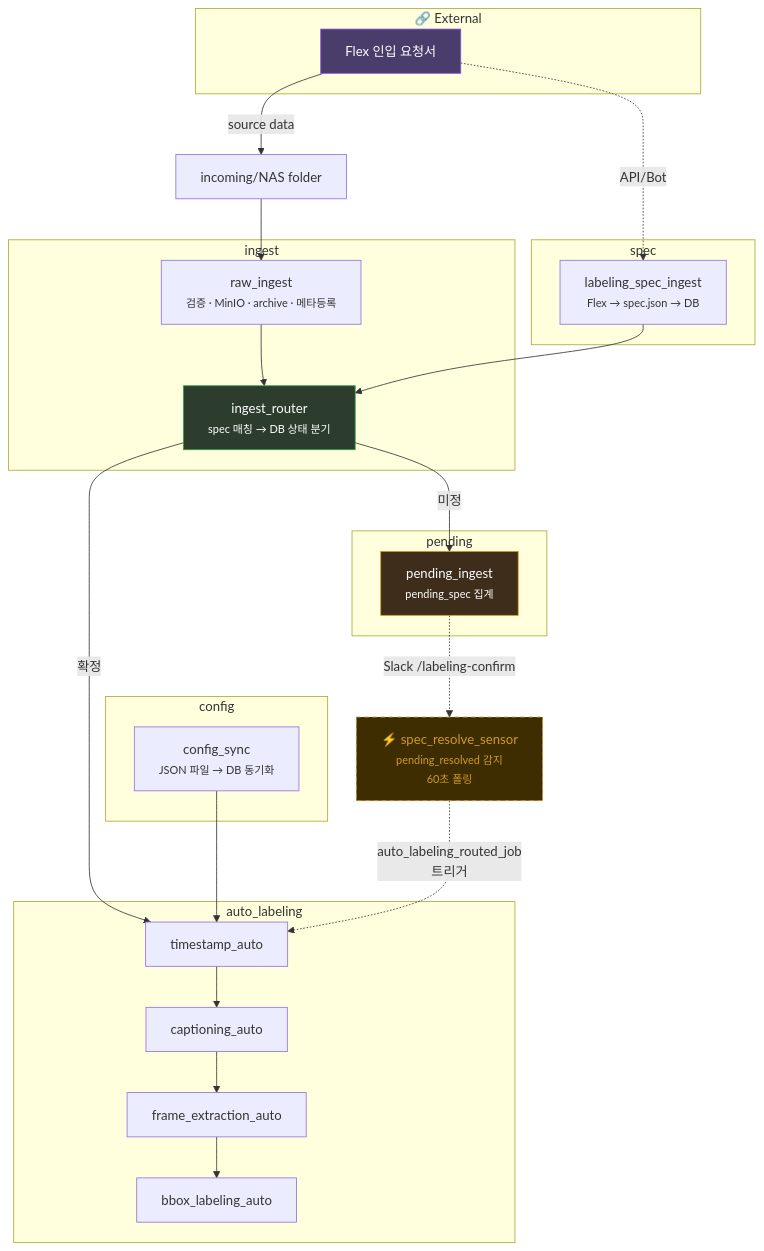
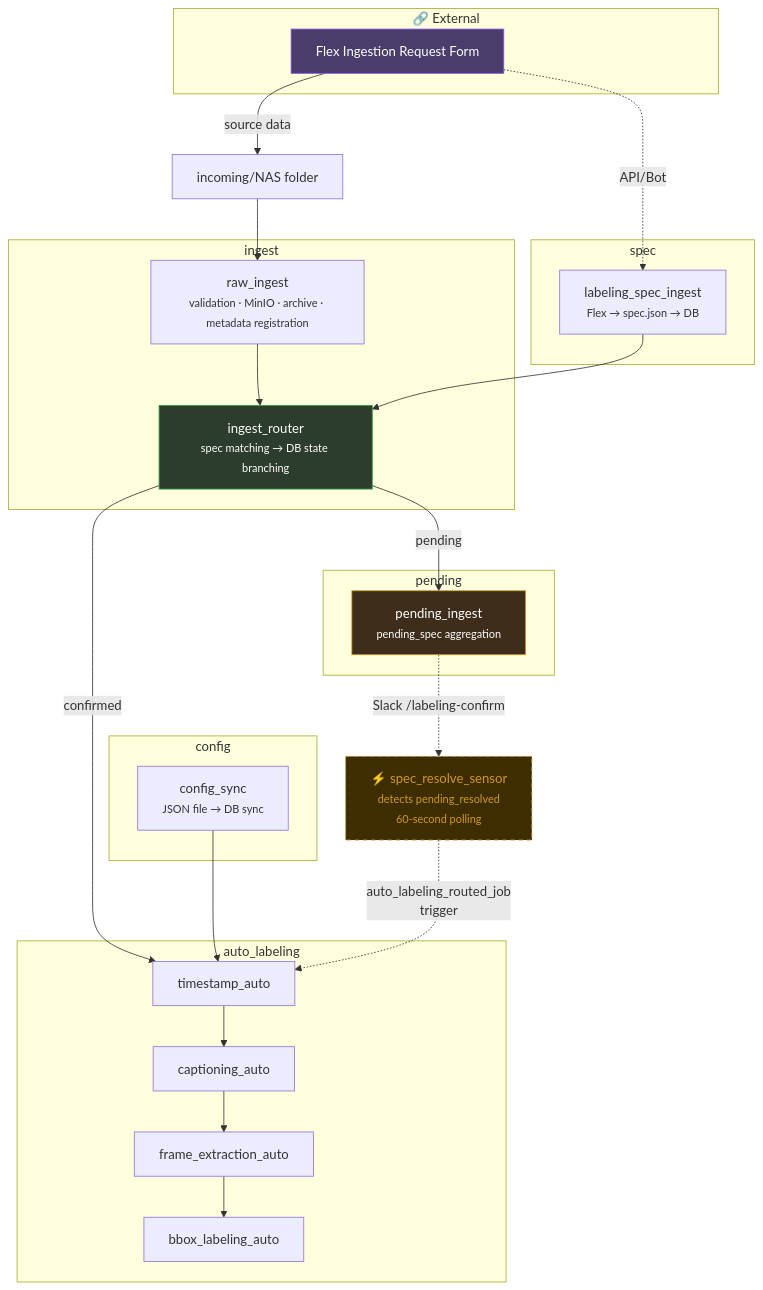
The first of 2 diagrams in docs/logic/Auto_Labeling_화면_명세서.md (Orderlee/pipeline), drawn with Mermaid before and after one commit. The commit also changed other lines of this file and 128 other files, not shown here.

````diff
--- a/docs/logic/Auto_Labeling_화면_명세서.md
+++ b/docs/logic/Auto_Labeling_화면_명세서.md
@@ -37,56 +37,56 @@
 ```mermaid
 graph TD
     subgraph external ["🔗 External"]
-        FLEX["Flex 인입 요청서"]
+        FLEX["Flex Ingestion Request Form"]
     end
 
     subgraph spec ["spec"]
         SPEC["labeling_spec_ingest<br/><small>Flex → spec.json → DB</small>"]
     end
 
     subgraph config ["config"]
-        CONFIG["config_sync<br/><small>JSON 파일 → DB 동기화</small>"]
+        CONFIG["config_sync<br/><small>JSON file → DB sync</small>"]
     end
 
     GCS["incoming/NAS folder"]
 
     subgraph ingest ["ingest"]
-        RAW["raw_ingest<br/><small>검증 · MinIO · archive · 메타등록</small>"]
-        ROUTER["ingest_router<br/><small>spec 매칭 → DB 상태 분기</small>"]
+        RAW["raw_ingest<br/><small>validation · MinIO · archive · metadata registration</small>"]
+        ROUTER["ingest_router<br/><small>spec matching → DB state branching</small>"]
     end
 
     subgraph pending ["pending"]
-        PENDING["pending_ingest<br/><small>pending_spec 집계</small>"]
+        PENDING["pending_ingest<br/><small>pending_spec aggregation</small>"]
     end
 
     subgraph auto_labeling ["auto_labeling"]
         AL1["timestamp_auto"]
         AL2["captioning_auto"]
         AL3["frame_extraction_auto"]
         AL4["bbox_labeling_auto"]
     end
 
-    %% 의존 관계
+    %% Dependencies
     FLEX -.->|API/Bot| SPEC
     FLEX -->|source data| GCS
     GCS --> RAW --> ROUTER
     SPEC --> ROUTER
 
-    %% 분기
-    ROUTER -->|확정| AL1
-    ROUTER -->|미정| PENDING
+    %% Branching
+    ROUTER -->|confirmed| AL1
+    ROUTER -->|pending| PENDING
     CONFIG --> AL1
 
     AL1 --> AL2 --> AL3 --> AL4
 
-    %% Sensor (DAG 외부)
+    %% Sensor (outside DAG)
     PENDING -.->|Slack /labeling-confirm| SENSOR
-    SENSOR["⚡ spec_resolve_sensor<br/><small>pending_resolved 감지<br/>60초 폴링</small>"]
-    SENSOR -.->|auto_labeling_routed_job<br/>트리거| AL1
+    SENSOR["⚡ spec_resolve_sensor<br/><small>detects pending_resolved<br/>60-second polling</small>"]
+    SENSOR -.->|auto_labeling_routed_job<br/>trigger| AL1
 
-    %% 스타일
+    %% Styles
     style FLEX fill:#4a3d6b,stroke:#8957e5,color:#fff
     style SENSOR fill:#3d2d00,stroke:#d29922,color:#d29922,stroke-dasharray: 5 5
     style PENDING fill:#3d2d1a,stroke:#d29922,color:#fff
     style ROUTER fill:#2d3d2d,stroke:#2ea043,color:#fff
 ```
````
